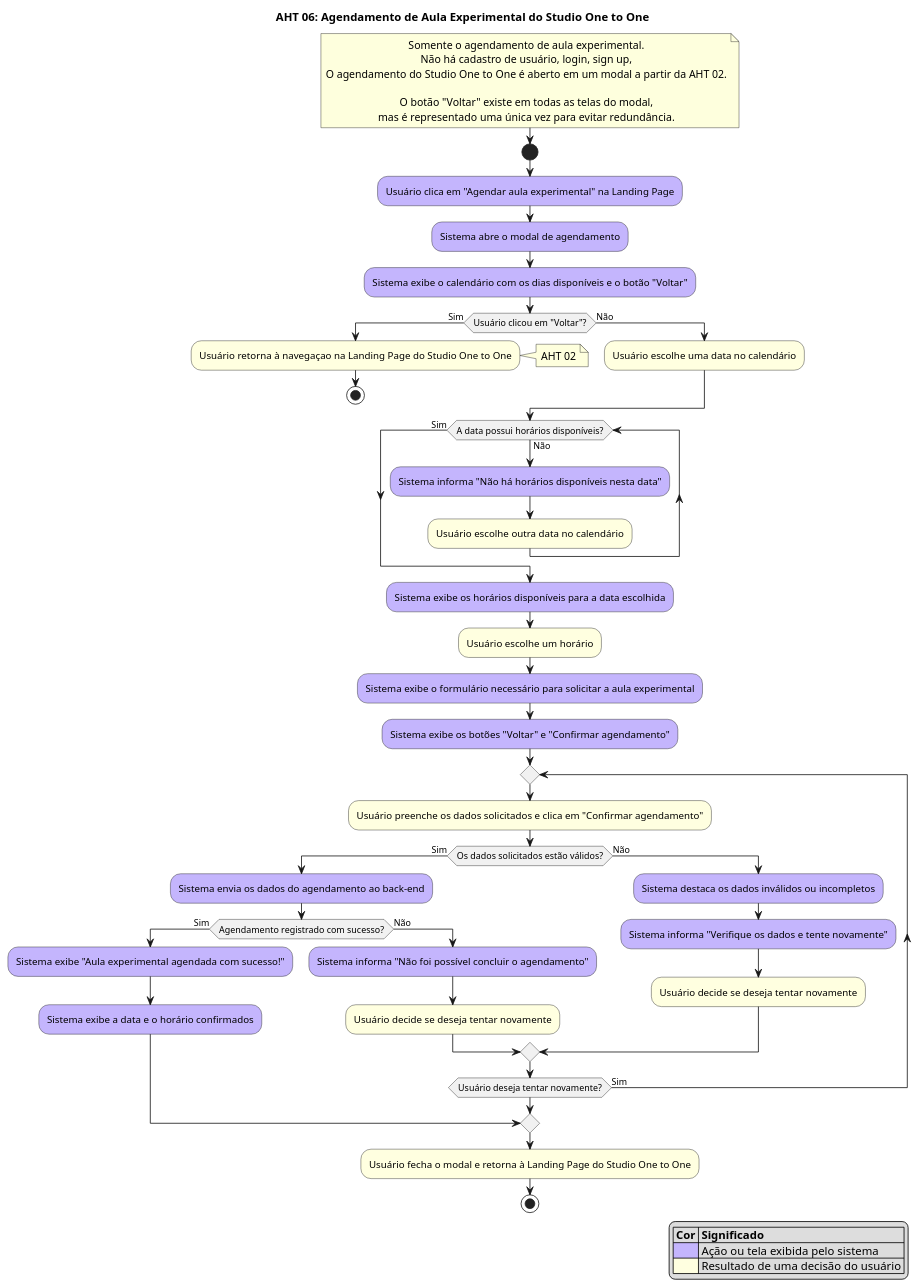
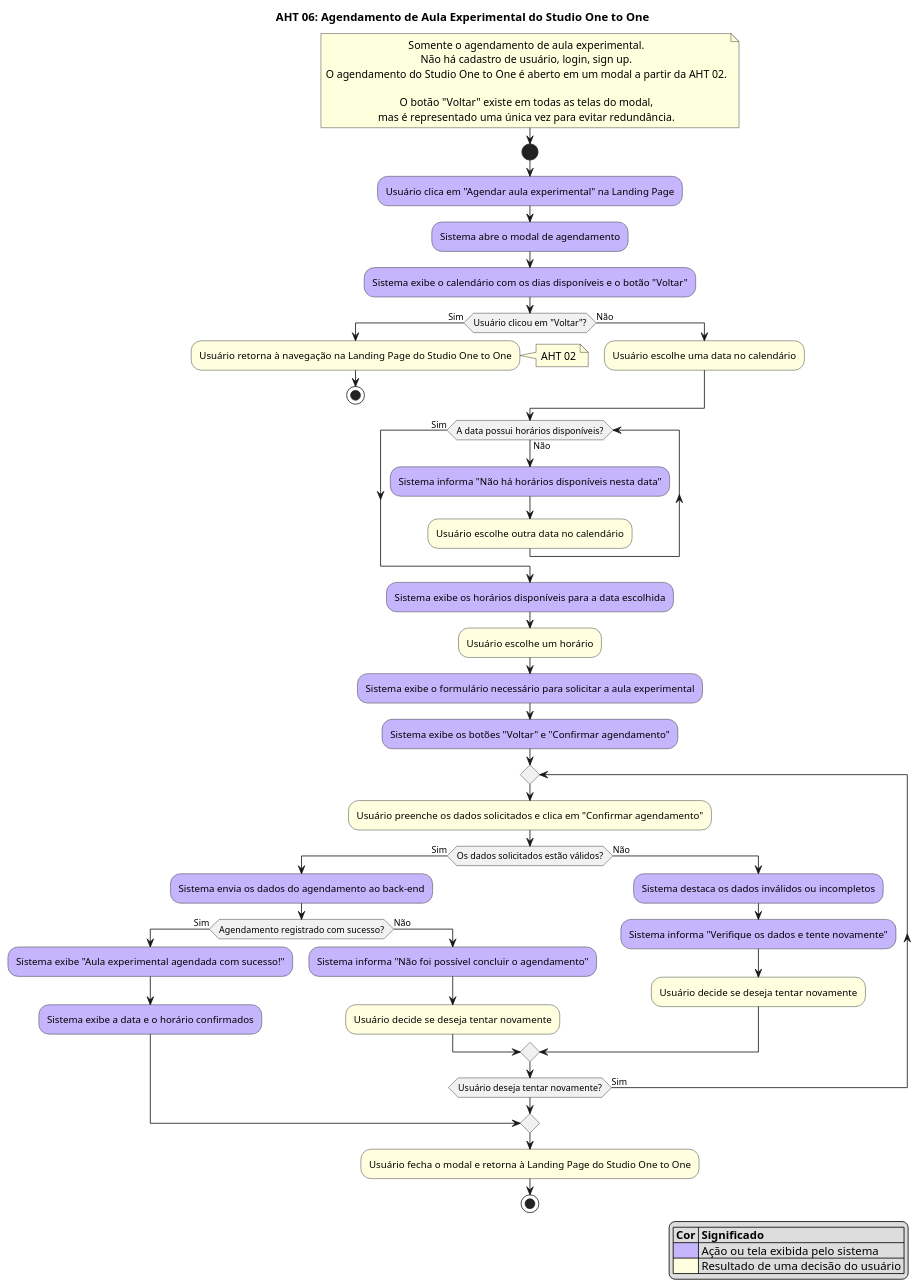
One commit to tav-ibmec/PFE-2026-2-Grupo-1-vanila changed the diagram in Documentos/AHTs/AHT06-OnetoOne-agendamento.puml. Above: the diagram before and after it, drawn with PlantUML. The commit also changed 2 other files, not shown here.

```diff
--- a/Documentos/AHTs/AHT06-OnetoOne-agendamento.puml
+++ b/Documentos/AHTs/AHT06-OnetoOne-agendamento.puml
@@ -1,75 +1,75 @@
 @startuml AHT06-OnetoOne-agendamento
 
 skinparam DefaultTextAlignment center
 
 
 title AHT 06: Agendamento de Aula Experimental do Studio One to One
 
 note right
   Somente o agendamento de aula experimental.
-  Não há cadastro de usuário, login, sign up,
+  Não há cadastro de usuário, login, sign up.
   O agendamento do Studio One to One é aberto em um modal a partir da AHT 02.
   
   O botão "Voltar" existe em todas as telas do modal,
   mas é representado uma única vez para evitar redundância.
 end note
 
 start
 
 #C4B5FD:Usuário clica em "Agendar aula experimental" na Landing Page;
 #C4B5FD:Sistema abre o modal de agendamento;
 #C4B5FD:Sistema exibe o calendário com os dias disponíveis e o botão "Voltar";
 
 if (Usuário clicou em "Voltar"?) then (Sim)
-  #lightyellow:Usuário retorna à navegaçao na Landing Page do Studio One to One;
+  #lightyellow:Usuário retorna à navegação na Landing Page do Studio One to One;
   note right: AHT 02
   stop
 else (Não)
   #lightyellow:Usuário escolhe uma data no calendário;
 endif
 
 while (A data possui horários disponíveis?) is (Não)
   #C4B5FD:Sistema informa "Não há horários disponíveis nesta data";
   #lightyellow:Usuário escolhe outra data no calendário;
 endwhile (Sim)
 
 #C4B5FD:Sistema exibe os horários disponíveis para a data escolhida;
 #lightyellow:Usuário escolhe um horário;
 
 #C4B5FD:Sistema exibe o formulário necessário para solicitar a aula experimental;
 #C4B5FD:Sistema exibe os botões "Voltar" e "Confirmar agendamento";
 
 repeat
   #lightyellow:Usuário preenche os dados solicitados e clica em "Confirmar agendamento";
 
   if (Os dados solicitados estão válidos?) then (Sim)
     #C4B5FD:Sistema envia os dados do agendamento ao back-end;
 
     if (Agendamento registrado com sucesso?) then (Sim)
       #C4B5FD:Sistema exibe "Aula experimental agendada com sucesso!";
       #C4B5FD:Sistema exibe a data e o horário confirmados;
       break
     else (Não)
       #C4B5FD:Sistema informa "Não foi possível concluir o agendamento";
       #lightyellow:Usuário decide se deseja tentar novamente;
     endif
 
   else (Não)
     #C4B5FD:Sistema destaca os dados inválidos ou incompletos;
     #C4B5FD:Sistema informa "Verifique os dados e tente novamente";
     #lightyellow:Usuário decide se deseja tentar novamente;
   endif
 
 repeat while (Usuário deseja tentar novamente?) is (Sim)
 
 #lightyellow:Usuário fecha o modal e retorna à Landing Page do Studio One to One;
 
 stop
 
 legend right
   |= Cor |= Significado |
   |<#C4B5FD>| Ação ou tela exibida pelo sistema |
   |<#lightyellow>| Resultado de uma decisão do usuário |
 endlegend
 
 @enduml
```
